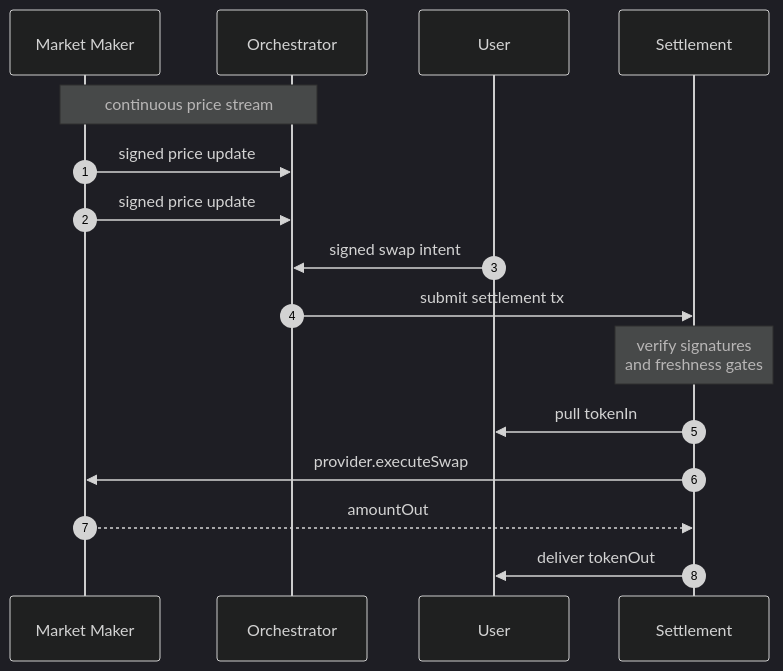
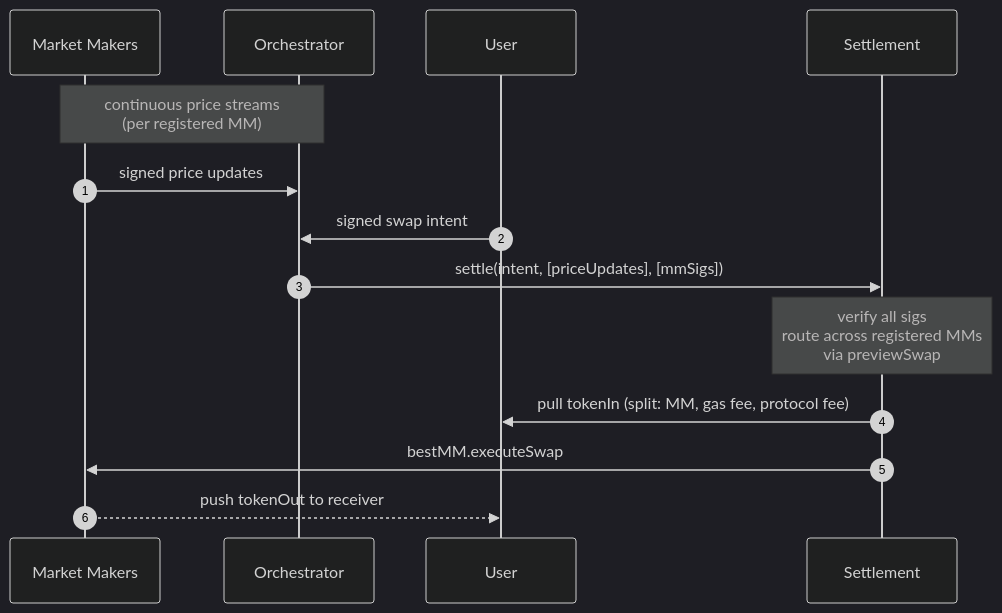
The diagram in docs/architecture.md (bcnmy/propamm-protocol-docs), drawn with Mermaid (dark theme) before and after one commit. The commit also changed other lines of this file and 1 other file, not shown here.

Commit message:
docs: v1 multi-MM routing — architecture + integrator dual-mode integration section

````diff
--- a/docs/architecture.md
+++ b/docs/architecture.md
@@ -45,20 +56,17 @@
 ```mermaid
 sequenceDiagram
     autonumber
-    participant MM as Market Maker
+    participant MM as Market Makers
     participant C as Orchestrator
     participant U as User
     participant S as Settlement
 
-    Note over MM,C: continuous price stream
-    MM->>C: signed price update
-    MM->>C: signed price update
-
+    Note over MM,C: continuous price streams<br/>(per registered MM)
+    MM->>C: signed price updates
     U->>C: signed swap intent
-    C->>S: submit settlement tx
-    Note over S: verify signatures<br/>and freshness gates
-    S->>U: pull tokenIn
-    S->>MM: provider.executeSwap
-    MM-->>S: amountOut
-    S->>U: deliver tokenOut
+    C->>S: settle(intent, [priceUpdates], [mmSigs])
+    Note over S: verify all sigs<br/>route across registered MMs<br/>via previewSwap
+    S->>U: pull tokenIn (split: MM, gas fee, protocol fee)
+    S->>MM: bestMM.executeSwap
+    MM-->>U: push tokenOut to receiver
 ```
````
